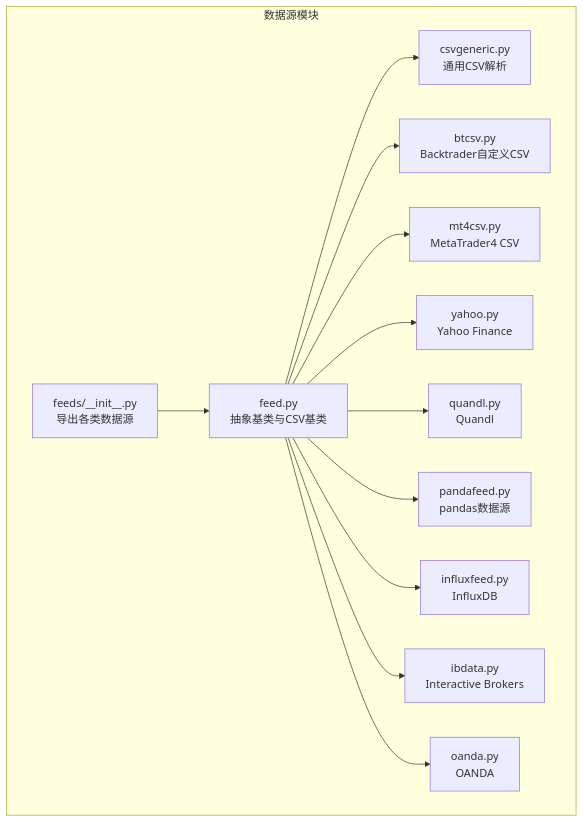
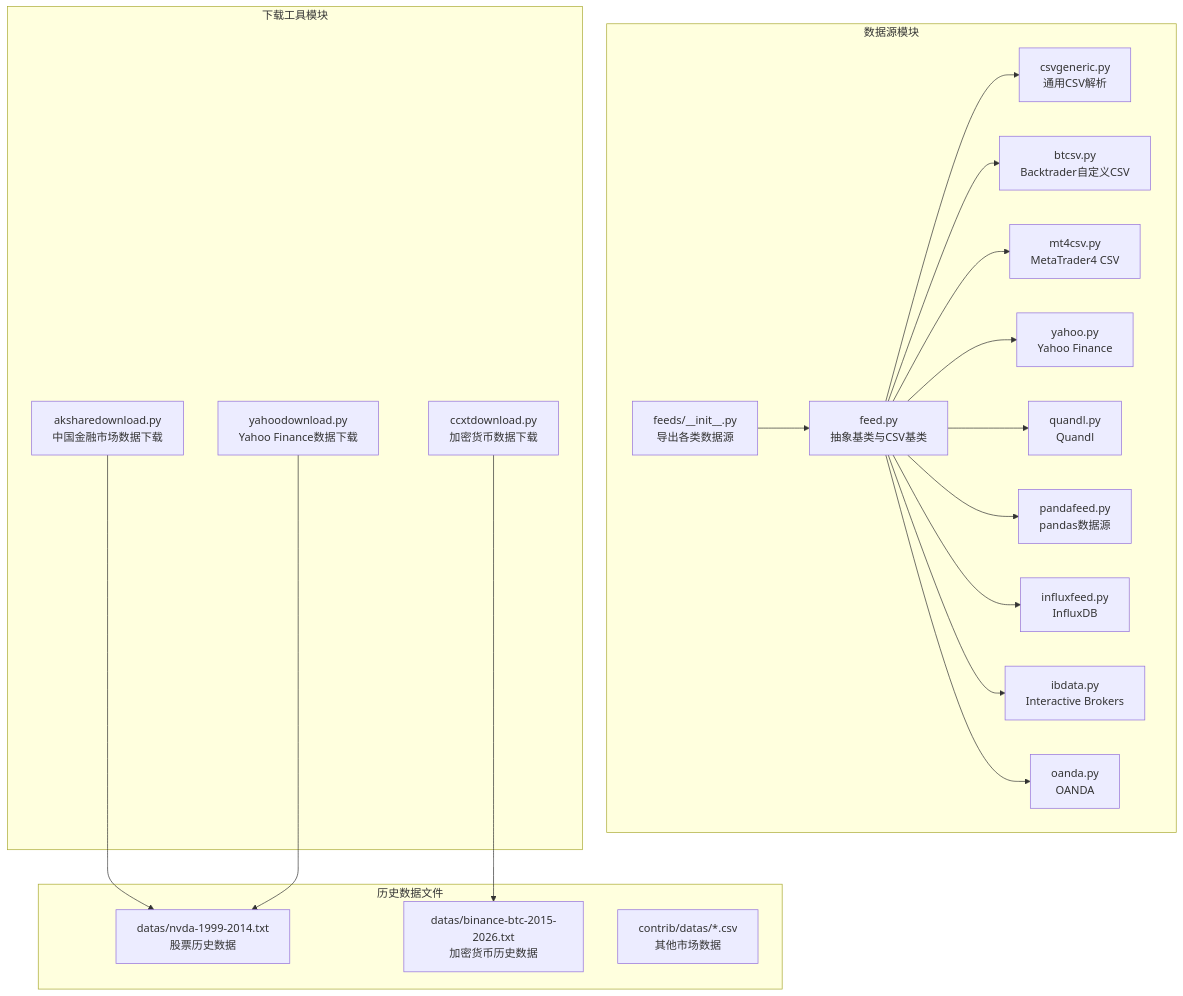
The first of 6 diagrams in .qoder/repowiki/zh/content/项目概述/核心功能特性/数据集成/数据源类型.md (bench-prog/backtrader), drawn with Mermaid before and after one commit. The commit also changed other lines of this file and 40 other files, not shown here.

````diff
--- a/.qoder/repowiki/zh/content/项目概述/核心功能特性/数据集成/数据源类型.md
+++ b/.qoder/repowiki/zh/content/项目概述/核心功能特性/数据集成/数据源类型.md
@@ -45,26 +61,39 @@
 ```mermaid
 graph TB
 subgraph "数据源模块"
 A["feeds/__init__.py<br/>导出各类数据源"]
 B["feed.py<br/>抽象基类与CSV基类"]
 C["csvgeneric.py<br/>通用CSV解析"]
 D["btcsv.py<br/>Backtrader自定义CSV"]
 E["mt4csv.py<br/>MetaTrader4 CSV"]
 F["yahoo.py<br/>Yahoo Finance"]
 G["quandl.py<br/>Quandl"]
 H["pandafeed.py<br/>pandas数据源"]
 I["influxfeed.py<br/>InfluxDB"]
 J["ibdata.py<br/>Interactive Brokers"]
 K["oanda.py<br/>OANDA"]
 end
+subgraph "下载工具模块"
+L["aksharedownload.py<br/>中国金融市场数据下载"]
+M["ccxtdownload.py<br/>加密货币数据下载"]
+N["yahoodownload.py<br/>Yahoo Finance数据下载"]
+end
+subgraph "历史数据文件"
+O["datas/nvda-1999-2014.txt<br/>股票历史数据"]
+P["datas/binance-btc-2015-2026.txt<br/>加密货币历史数据"]
+Q["contrib/datas/*.csv<br/>其他市场数据"]
+end
 A --> B
 B --> C
 B --> D
 B --> E
 B --> F
 B --> G
 B --> H
 B --> I
 B --> J
 B --> K
+L --> O
+M --> P
+N --> O
 ```
````
